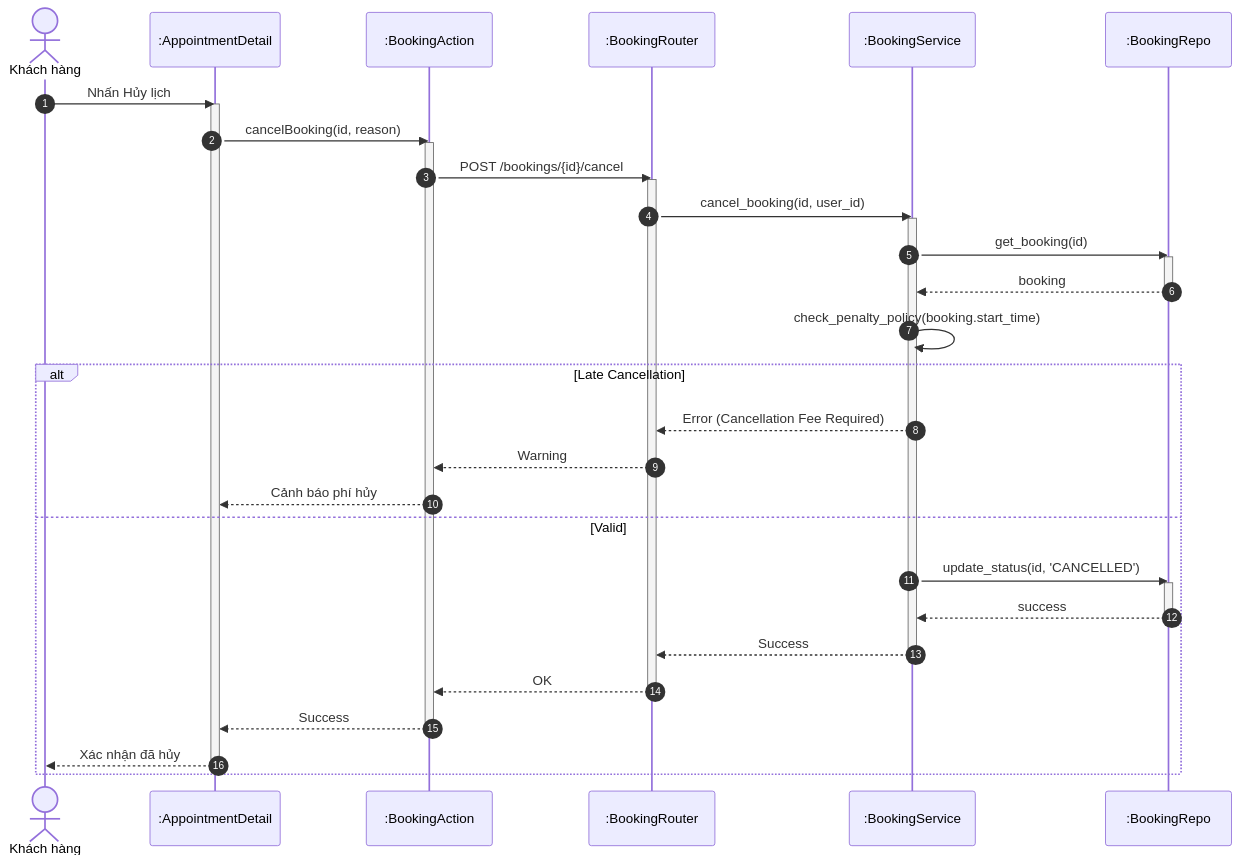
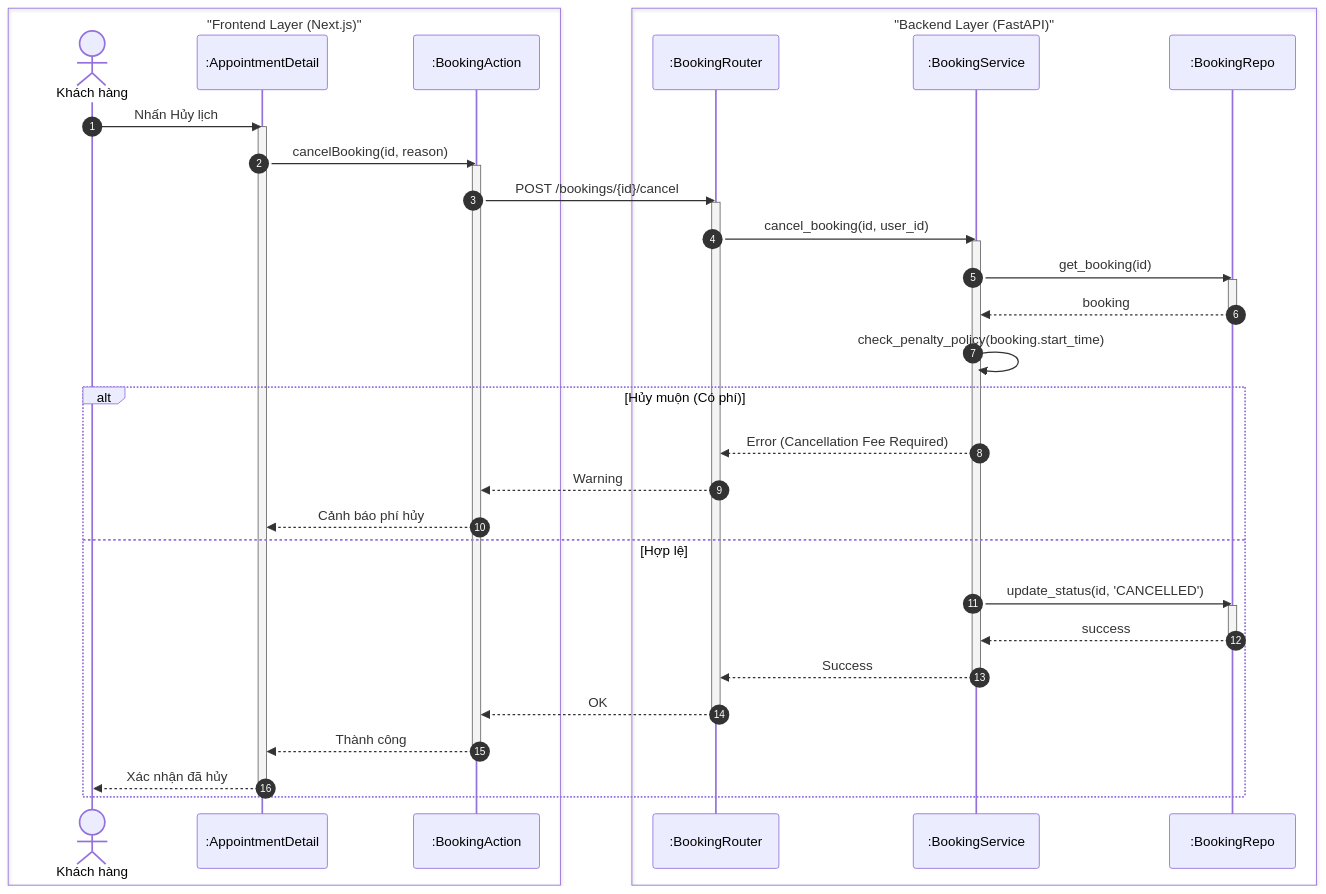
Before and after one commit to ngoctinn/Synapse: the sixth of 8 diagrams in docs/design/sequences/customer_flows.md, drawn with Mermaid. The commit also changed other lines of this file and 4 other files, not shown here.

Commit message:
docs: Add initial sequence diagrams for authentication, customer, technician, receptionist, and admin flows.

````diff
--- a/docs/design/sequences/customer_flows.md
+++ b/docs/design/sequences/customer_flows.md
@@ -258,47 +278,52 @@
 ```mermaid
 sequenceDiagram
     autonumber
-    actor KH as Khách hàng
-    participant UI as :AppointmentDetail
-    participant BFF as :BookingAction
-    participant API as :BookingRouter
-    participant S as :BookingService
-    participant DB as :BookingRepo
+    box "Frontend Layer (Next.js)"
+        actor KH as Khách hàng
+        participant UI as :AppointmentDetail
+        participant BFF as :BookingAction
+    end
+
+    box "Backend Layer (FastAPI)"
+        participant API as :BookingRouter
+        participant S as :BookingService
+        participant DB as :BookingRepo
+    end
 
     KH->>UI: Nhấn Hủy lịch
     activate UI
     UI->>BFF: cancelBooking(id, reason)
     activate BFF
 
     BFF->>API: POST /bookings/{id}/cancel
     activate API
 
     API->>S: cancel_booking(id, user_id)
     activate S
 
     S->>DB: get_booking(id)
     activate DB
     DB-->>S: booking
     deactivate DB
 
     S->>S: check_penalty_policy(booking.start_time)
 
-    alt Late Cancellation
+    alt Hủy muộn (Có phí)
         S-->>API: Error (Cancellation Fee Required)
         API-->>BFF: Warning
         BFF-->>UI: Cảnh báo phí hủy
-    else Valid
+    else Hợp lệ
         S->>DB: update_status(id, 'CANCELLED')
         activate DB
         DB-->>S: success
         deactivate DB
         S-->>API: Success
         deactivate S
         API-->>BFF: OK
         deactivate API
-        BFF-->>UI: Success
+        BFF-->>UI: Thành công
         deactivate BFF
         UI-->>KH: Xác nhận đã hủy
         deactivate UI
     end
 ```
````
